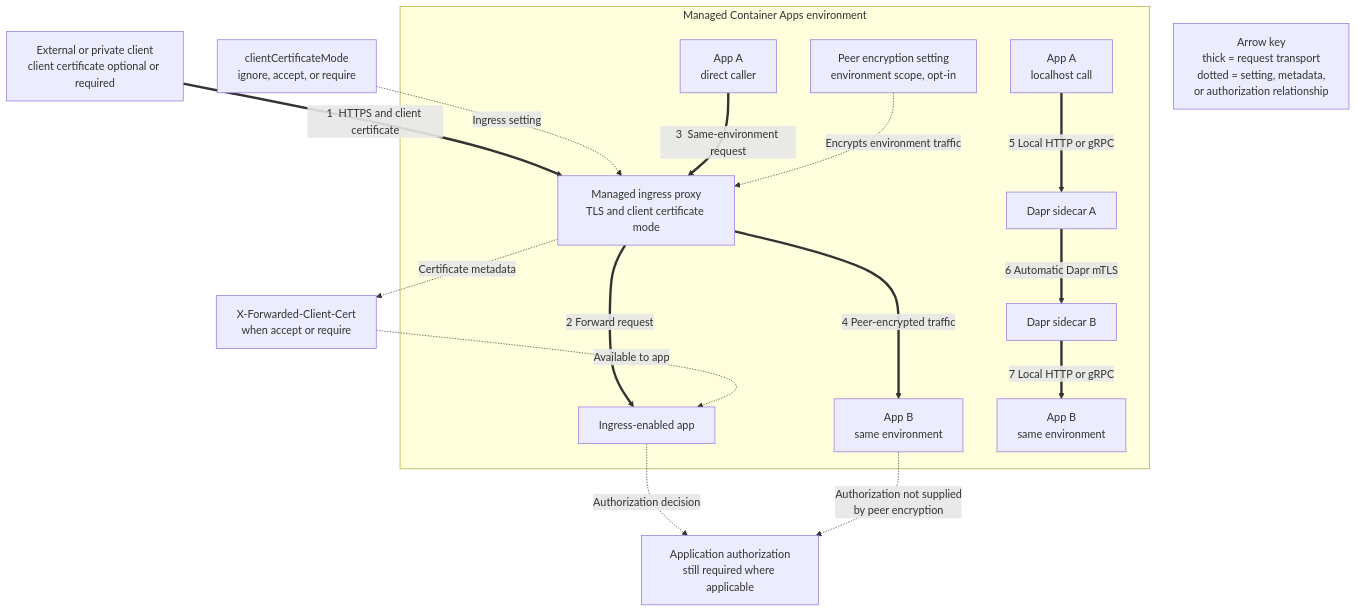
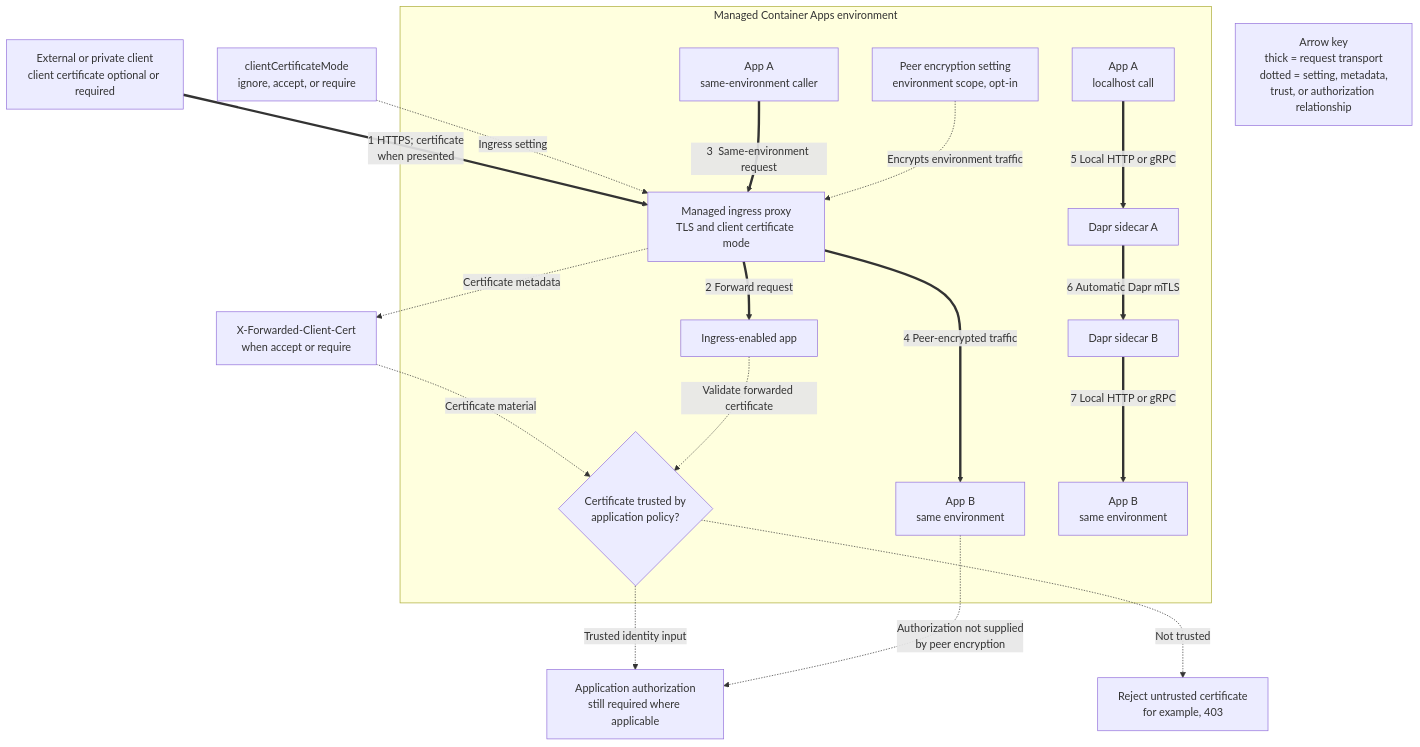
One commit to yeongseon/azure-container-apps-practical-guide changed the diagram in docs/platform/security/mtls.md. Above: the diagram before and after it, drawn with Mermaid. The commit also changed other lines of this file and 1 other file, not shown here.

Commit message:
docs(security): require explicit certificate and secret authorization

````diff
--- a/docs/platform/security/mtls.md
+++ b/docs/platform/security/mtls.md
@@ -37,43 +37,47 @@
 ```mermaid
 flowchart TD
     accTitle: Three distinct mTLS-related planes in Azure Container Apps
-    accDescr: A topology separates client certificate authentication at managed ingress, environment peer-to-peer encryption for traffic within one managed environment, and Dapr mutual TLS between sidecars. Thick arrows are request transport. Dotted arrows are settings, metadata, or authorization reminders rather than transport.
+    accDescr: A topology separates client certificate presentation at managed ingress, application validation of forwarded certificate material, environment peer-to-peer encryption for traffic within one managed environment, and Dapr mutual TLS between sidecars. Thick arrows are request transport. Dotted arrows are settings, metadata, trust evaluation, or authorization relationships rather than transport.
 
     CLIENT["External or private client<br/>client certificate optional or required"]
     AUTHZ["Application authorization<br/>still required where applicable"]
+    CERT_REJECT["Reject untrusted certificate<br/>for example, 403"]
 
     subgraph ENV["Managed Container Apps environment"]
         INGRESS["Managed ingress proxy<br/>TLS and client certificate mode"]
         APP_EDGE["Ingress-enabled app"]
+        CERT_VALIDATION{"Certificate trusted by<br/>application policy?"}
 
-        APP_A["App A<br/>direct caller"]
+        APP_A["App A<br/>same-environment caller"]
         APP_B["App B<br/>same environment"]
         PEER_SETTING["Peer encryption setting<br/>environment scope, opt-in"]
 
         APP_DAPR_A["App A<br/>localhost call"]
         DAPR_A["Dapr sidecar A"]
         DAPR_B["Dapr sidecar B"]
         APP_DAPR_B["App B<br/>same environment"]
     end
 
     MODE["clientCertificateMode<br/>ignore, accept, or require"]
     XFCC["X-Forwarded-Client-Cert<br/>when accept or require"]
 
-    CLIENT ==>|"1  HTTPS and client certificate"| INGRESS
+    CLIENT ==>|"1  HTTPS; certificate<br/>when presented"| INGRESS
     MODE -.->|"Ingress setting"| INGRESS
     INGRESS ==>|"2  Forward request"| APP_EDGE
     INGRESS -.->|"Certificate metadata"| XFCC
-    XFCC -.->|"Available to app"| APP_EDGE
-    APP_EDGE -.->|"Authorization decision"| AUTHZ
+    XFCC -.->|"Certificate material"| CERT_VALIDATION
+    APP_EDGE -.->|"Validate forwarded certificate"| CERT_VALIDATION
+    CERT_VALIDATION -.->|"Trusted identity input"| AUTHZ
+    CERT_VALIDATION -.->|"Not trusted"| CERT_REJECT
 
     APP_A ==>|"3  Same-environment request"| INGRESS
     INGRESS ==>|"4  Peer-encrypted traffic"| APP_B
     PEER_SETTING -.->|"Encrypts environment traffic"| INGRESS
     APP_B -.->|"Authorization not supplied<br/>by peer encryption"| AUTHZ
 
     APP_DAPR_A ==>|"5  Local HTTP or gRPC"| DAPR_A
     DAPR_A ==>|"6  Automatic Dapr mTLS"| DAPR_B
     DAPR_B ==>|"7  Local HTTP or gRPC"| APP_DAPR_B
 
-    LEGEND["Arrow key<br/>thick = request transport<br/>dotted = setting, metadata,<br/>or authorization relationship"]
+    LEGEND["Arrow key<br/>thick = request transport<br/>dotted = setting, metadata,<br/>trust, or authorization relationship"]
 ```
````
